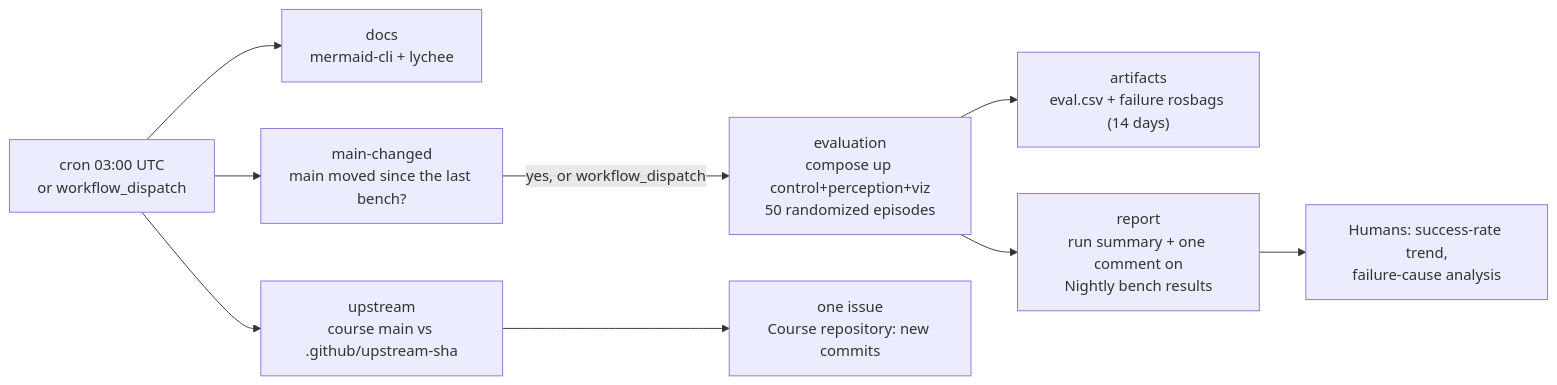
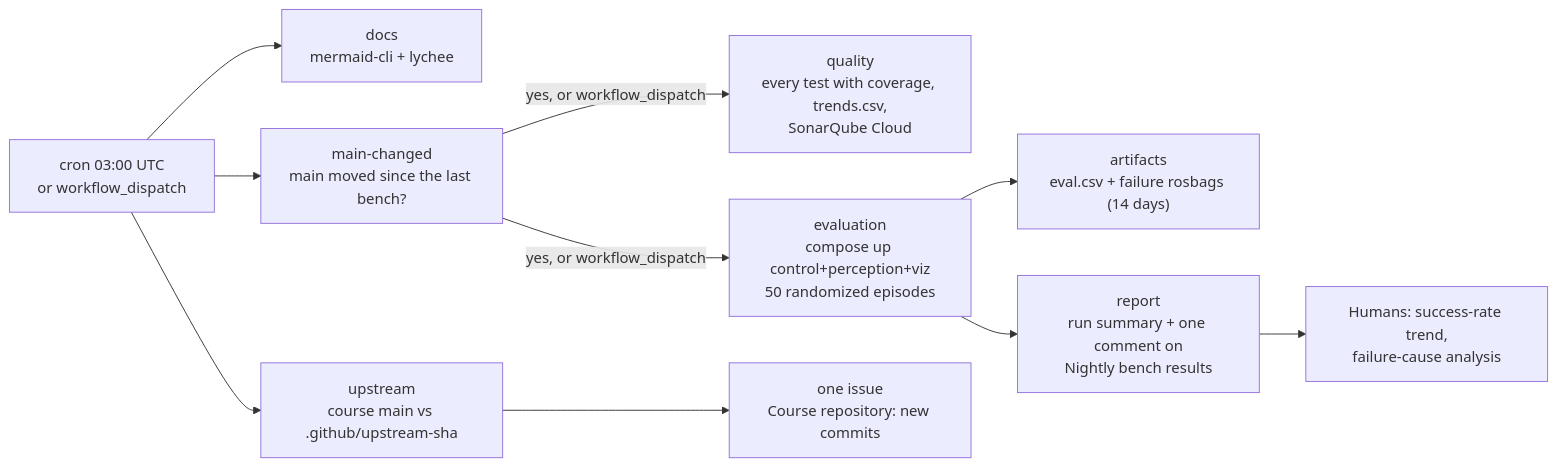
Before and after one commit to FoxaxeWasTaken/Robotics: the third of 4 diagrams in docs/project/14_quality_pipeline_ci.md, drawn with Mermaid. The commit also changed other lines of this file and 9 other files, not shown here.

First line of the commit message:
ci(nightly): quality trends and SonarQube Cloud (#174)

````diff
--- a/docs/project/14_quality_pipeline_ci.md
+++ b/docs/project/14_quality_pipeline_ci.md
@@ -170,11 +170,12 @@
 ```mermaid
 flowchart LR
   S["cron 03:00 UTC<br/>or workflow_dispatch"] --> D["docs<br/>mermaid-cli + lychee"]
   S --> MC["main-changed<br/>main moved since the last bench?"]
+  MC -->|"yes, or workflow_dispatch"| Q["quality<br/>every test with coverage, trends.csv,<br/>SonarQube Cloud"]
   MC -->|"yes, or workflow_dispatch"| V["evaluation<br/>compose up control+perception+viz<br/>50 randomized episodes"]
   V --> R["artifacts<br/>eval.csv + failure rosbags (14 days)"]
   V --> B["report<br/>run summary + one comment on<br/>Nightly bench results"]
   B --> H["Humans: success-rate trend,<br/>failure-cause analysis"]
   S --> W["upstream<br/>course main vs .github/upstream-sha"]
   W --> I["one issue<br/>Course repository: new commits"]
 ```
````
